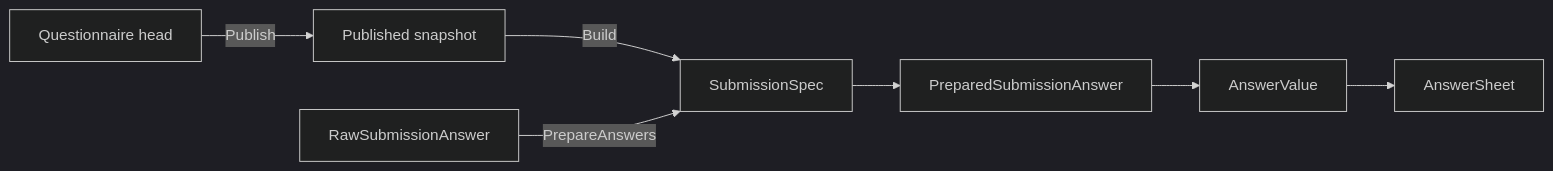
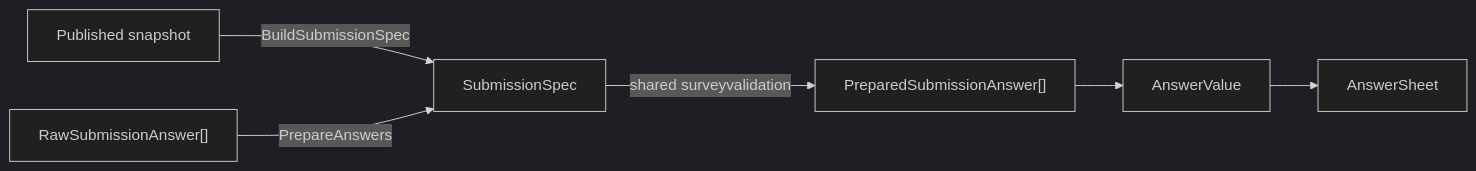
One commit to FangcunMount/qs-server changed the second of 2 diagrams in docs/02-业务模块/10-survey/21-核心设计-版本化与作答契约.md. Above: the diagram before and after it, drawn with Mermaid (dark theme). The commit also changed other lines of this file and 14 other files, not shown here.

````diff
--- a/docs/02-业务模块/10-survey/21-核心设计-版本化与作答契约.md
+++ b/docs/02-业务模块/10-survey/21-核心设计-版本化与作答契约.md
@@ -54,14 +109,8 @@
 ```mermaid
 flowchart LR
-    H["Questionnaire head"]
-    P["Published snapshot"]
-    S["SubmissionSpec"]
-    R["RawSubmissionAnswer"]
-    A["PreparedSubmissionAnswer"]
-    V["AnswerValue"]
-    AS["AnswerSheet"]
-
-    H -->|Publish| P -->|Build| S
-    R -->|PrepareAnswers| S
-    S --> A --> V --> AS
+    P["Published snapshot"] -->|"BuildSubmissionSpec"| S["SubmissionSpec"]
+    R["RawSubmissionAnswer[]"] -->|"PrepareAnswers"| S
+    S -->|"shared surveyvalidation"| A["PreparedSubmissionAnswer[]"]
+    A --> V["AnswerValue"]
+    V --> AS["AnswerSheet"]
 ```
````
